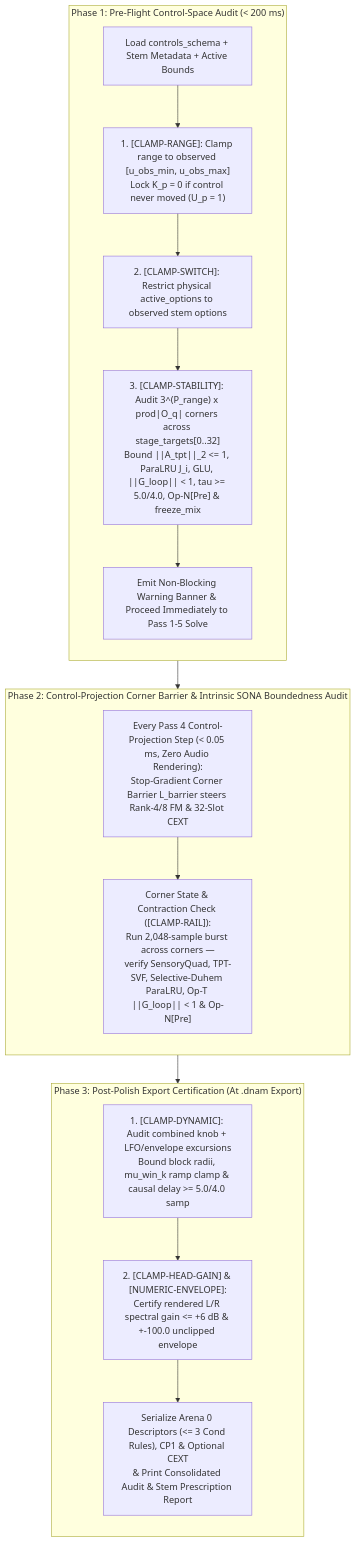
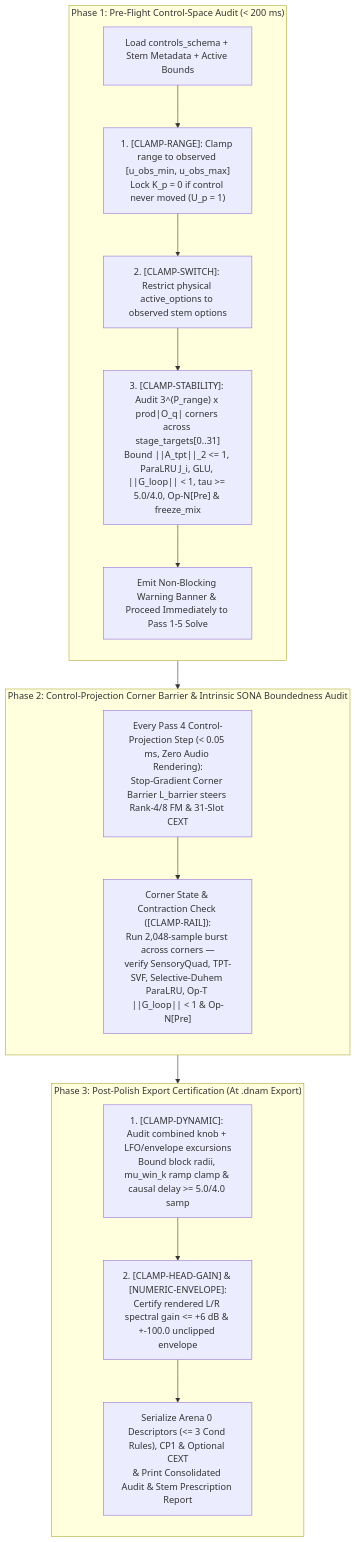
One commit to mokugen/dnam changed the diagram in docs/specs/training/control_space_audit.md. Above: the diagram before and after it, drawn with Mermaid. The commit also changed other lines of this file and 18 other files, not shown here.

````diff
--- a/docs/specs/training/control_space_audit.md
+++ b/docs/specs/training/control_space_audit.md
@@ -26,23 +26,23 @@
 ```mermaid
 flowchart TD
     subgraph P1 ["Phase 1: Pre-Flight Control-Space Audit (< 200 ms)"]
         direction TB
         S0["Load controls_schema + Stem Metadata + Active Bounds"] --> CRange["1. [CLAMP-RANGE]: Clamp range to observed [u_obs_min, u_obs_max]<br/>Lock K_p = 0 if control never moved (U_p = 1)"]
         CRange --> CSwitch["2. [CLAMP-SWITCH]: Restrict physical active_options to observed stem options"]
-        CSwitch --> CStab["3. [CLAMP-STABILITY]: Audit 3^(P_range) x prod|O_q| corners across stage_targets[0..32]<br/>Bound ||A_tpt||_2 <= 1, ParaLRU J_i, GLU, ||G_loop|| < 1, tau >= 5.0/4.0, Op-N[Pre] & freeze_mix"]
+        CSwitch --> CStab["3. [CLAMP-STABILITY]: Audit 3^(P_range) x prod|O_q| corners across stage_targets[0..31]<br/>Bound ||A_tpt||_2 <= 1, ParaLRU J_i, GLU, ||G_loop|| < 1, tau >= 5.0/4.0, Op-N[Pre] & freeze_mix"]
         CStab --> Warn["Emit Non-Blocking Warning Banner & Proceed Immediately to Pass 1-5 Solve"]
     end
 
     subgraph P2 ["Phase 2: Control-Projection Corner Barrier & Intrinsic SONA Boundedness Audit"]
         direction TB
-        Step["Every Pass 4 Control-Projection Step (< 0.05 ms, Zero Audio Rendering):<br/>Stop-Gradient Corner Barrier L_barrier steers Rank-4/8 FM & 32-Slot CEXT"] --> Rail["Corner State & Contraction Check ([CLAMP-RAIL]):<br/>Run 2,048-sample burst across corners —<br/>verify SensoryQuad, TPT-SVF, Selective-Duhem ParaLRU, Op-T ||G_loop|| < 1 & Op-N[Pre]"]
+        Step["Every Pass 4 Control-Projection Step (< 0.05 ms, Zero Audio Rendering):<br/>Stop-Gradient Corner Barrier L_barrier steers Rank-4/8 FM & 31-Slot CEXT"] --> Rail["Corner State & Contraction Check ([CLAMP-RAIL]):<br/>Run 2,048-sample burst across corners —<br/>verify SensoryQuad, TPT-SVF, Selective-Duhem ParaLRU, Op-T ||G_loop|| < 1 & Op-N[Pre]"]
     end
 
     subgraph P3 ["Phase 3: Post-Polish Export Certification (At .dnam Export)"]
         direction TB
         CDyn["1. [CLAMP-DYNAMIC]: Audit combined knob + LFO/envelope excursions<br/>Bound block radii, mu_win_k ramp clamp & causal delay >= 5.0/4.0 samp"] --> CHead["2. [CLAMP-HEAD-GAIN] & [NUMERIC-ENVELOPE]:<br/>Certify rendered L/R spectral gain <= +6 dB & +-100.0 unclipped envelope"]
         CHead --> Out["Serialize Arena 0 Descriptors (<= 3 Cond Rules), CP1 & Optional CEXT<br/>& Print Consolidated Audit & Stem Prescription Report"]
     end
 
     P1 --> P2 --> P3
 ```
````
